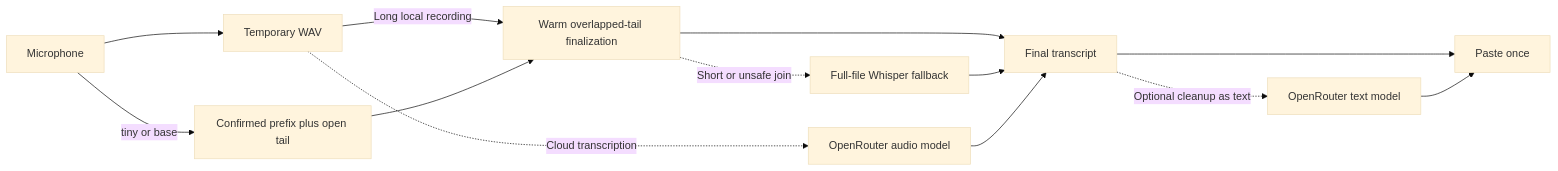
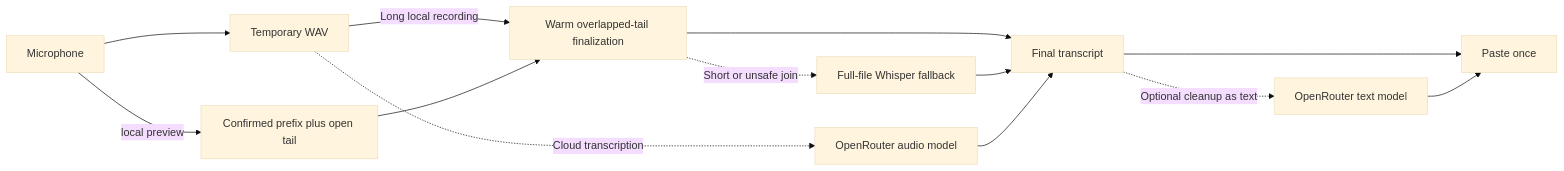
The second of 2 diagrams in README.md (adevol/VoiceCommander), drawn with Mermaid (base theme) before and after one commit. The commit also changed other lines of this file and 4 other files, not shown here.

````diff
--- a/README.md
+++ b/README.md
@@ -74,15 +74,15 @@
 ```mermaid
 flowchart LR
     A[Microphone] --> B[Temporary WAV]
-    A -->|tiny or base| P[Confirmed prefix plus open tail]
+    A -->|local preview| P[Confirmed prefix plus open tail]
     B -->|Long local recording| C[Warm overlapped-tail finalization]
     P --> C
     C -. Short or unsafe join .-> H[Full-file Whisper fallback]
     B -. Cloud transcription .-> D[OpenRouter audio model]
     C --> E[Final transcript]
     H --> E
     D --> E
     E --> F[Paste once]
     E -. Optional cleanup as text .-> G[OpenRouter text model]
     G --> F
 ```
````
